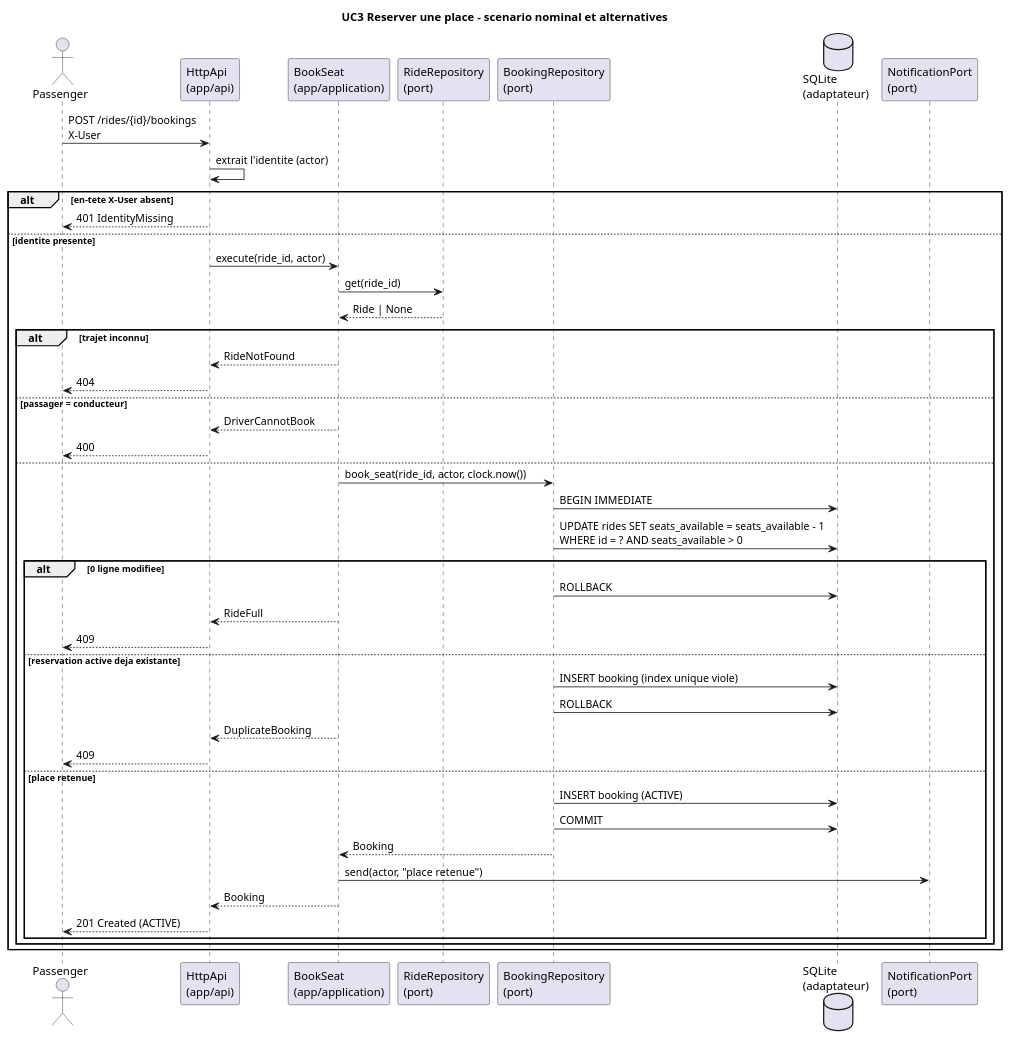
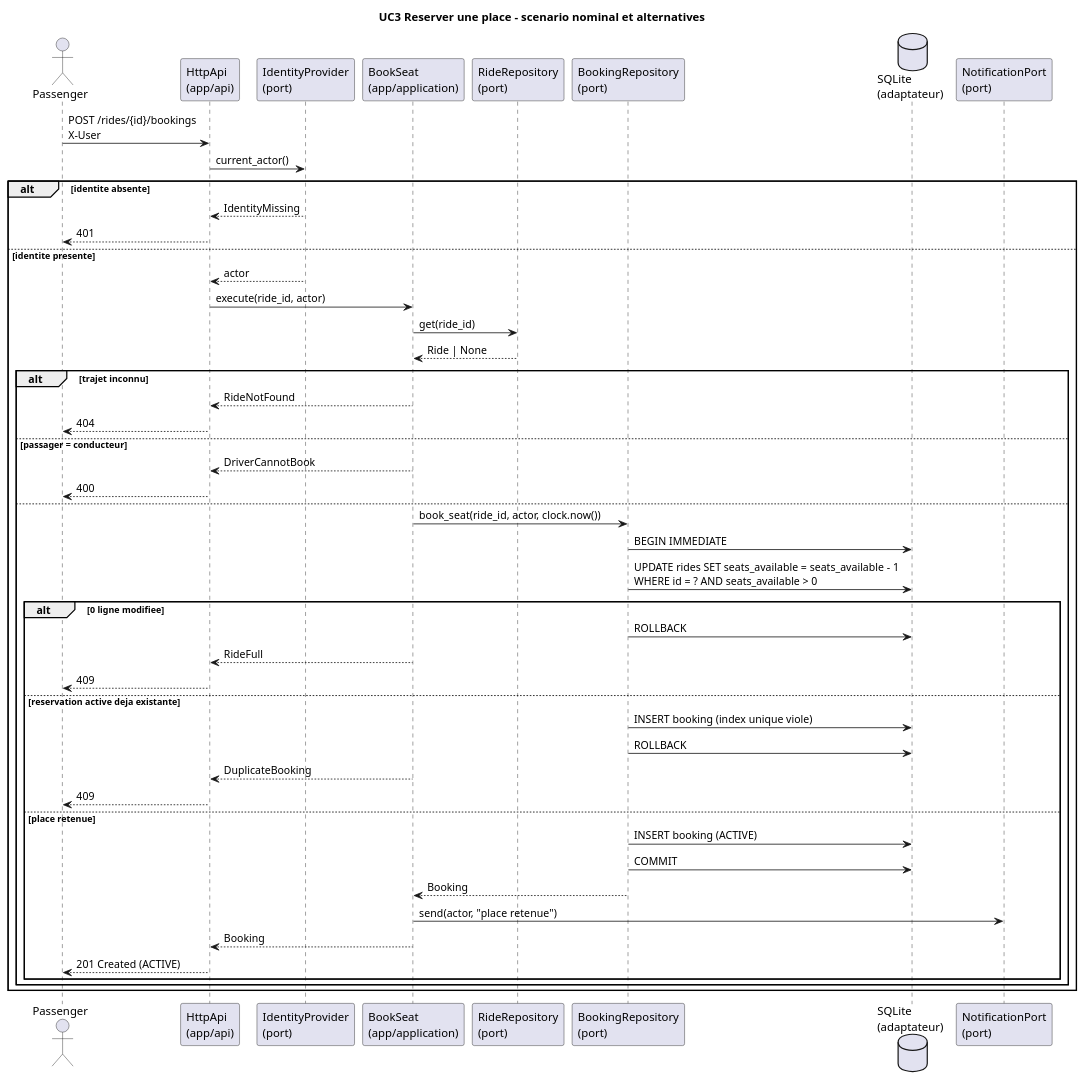
Before and after one commit to alaa-ilehi/Wasalni: the diagram in docs/uml/uc3-sequence.puml, drawn with PlantUML. The commit also changed 15 other files, not shown here.

First line of the commit message:
fix(arch): identity as a port, enforced best-effort notification, class model aligned

```diff
--- a/docs/uml/uc3-sequence.puml
+++ b/docs/uml/uc3-sequence.puml
@@ -1,50 +1,53 @@
 @startuml
 title UC3 Reserver une place - scenario nominal et alternatives
 skinparam defaultTextAlignment left
 
 actor Passenger
 participant "HttpApi\n(app/api)" as Api
+participant "IdentityProvider\n(port)" as Identity
 participant "BookSeat\n(app/application)" as UC
 participant "RideRepository\n(port)" as Rides
 participant "BookingRepository\n(port)" as Bookings
 database "SQLite\n(adaptateur)" as DB
 participant "NotificationPort\n(port)" as Notif
 
 Passenger -> Api : POST /rides/{id}/bookings\nX-User
-Api -> Api : extrait l'identite (actor)
-alt en-tete X-User absent
-  Api --> Passenger : 401 IdentityMissing
+Api -> Identity : current_actor()
+alt identite absente
+  Identity --> Api : IdentityMissing
+  Api --> Passenger : 401
 else identite presente
+  Identity --> Api : actor
   Api -> UC : execute(ride_id, actor)
   UC -> Rides : get(ride_id)
   Rides --> UC : Ride | None
   alt trajet inconnu
     UC --> Api : RideNotFound
     Api --> Passenger : 404
   else passager = conducteur
     UC --> Api : DriverCannotBook
     Api --> Passenger : 400
   else
     UC -> Bookings : book_seat(ride_id, actor, clock.now())
     Bookings -> DB : BEGIN IMMEDIATE
     Bookings -> DB : UPDATE rides SET seats_available = seats_available - 1\nWHERE id = ? AND seats_available > 0
     alt 0 ligne modifiee
       Bookings -> DB : ROLLBACK
       UC --> Api : RideFull
       Api --> Passenger : 409
     else reservation active deja existante
       Bookings -> DB : INSERT booking (index unique viole)
       Bookings -> DB : ROLLBACK
       UC --> Api : DuplicateBooking
       Api --> Passenger : 409
     else place retenue
       Bookings -> DB : INSERT booking (ACTIVE)
       Bookings -> DB : COMMIT
       Bookings --> UC : Booking
       UC -> Notif : send(actor, "place retenue")
       UC --> Api : Booking
       Api --> Passenger : 201 Created (ACTIVE)
     end
   end
 end
 @enduml
```
